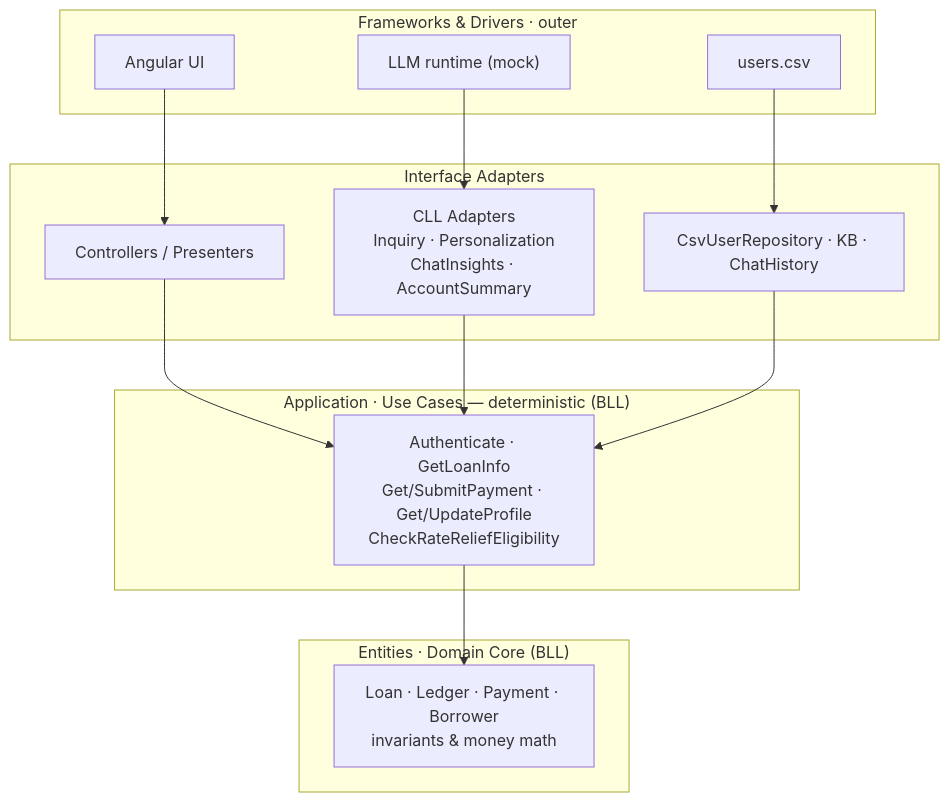
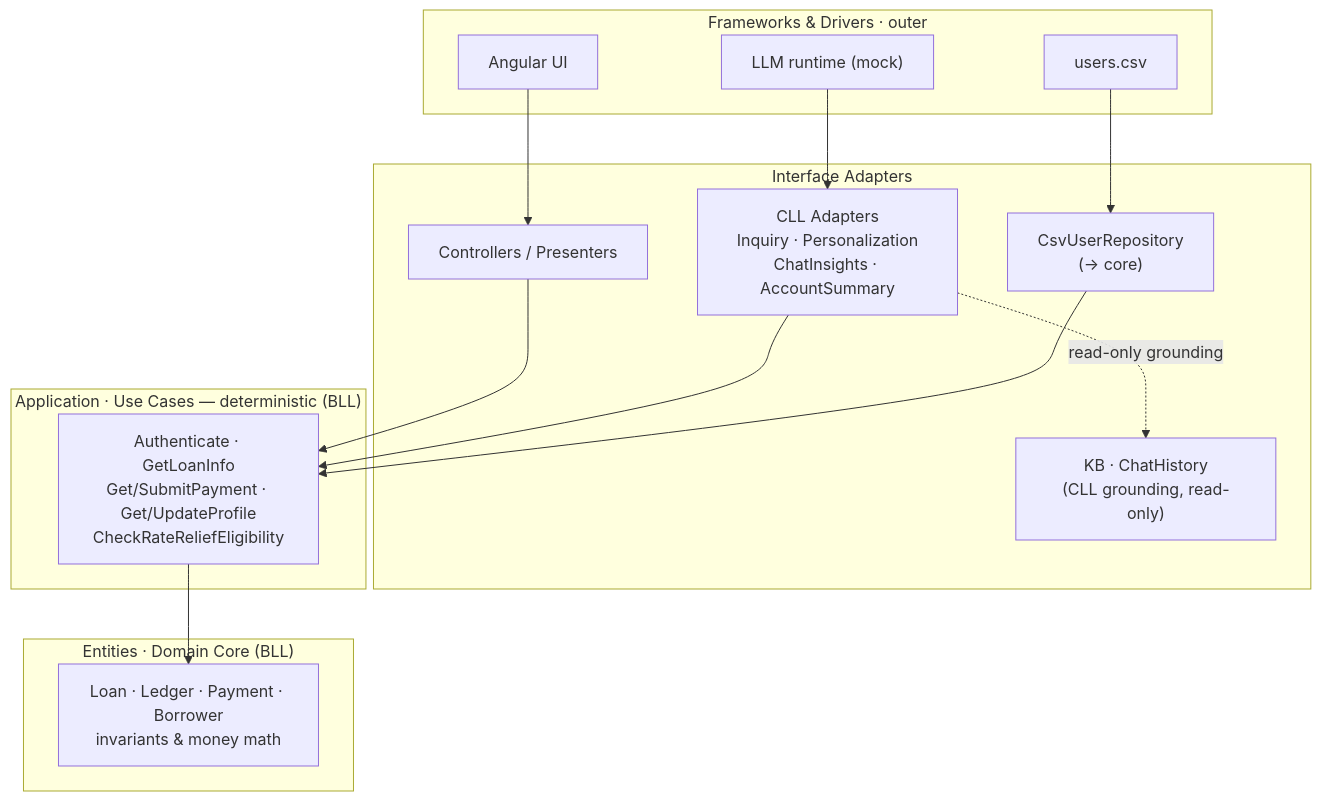
Before and after one commit to antongeorgescu/poc-plus-hexagonal-architecture: the fourth of 8 diagrams in documentation/plus_architecture.md, drawn with Mermaid. The commit also changed other lines of this file and 29 other files, not shown here.

Commit message:
added single mermaid visuals for the three kinds of architecture types

````diff
--- a/documentation/plus_architecture.md
+++ b/documentation/plus_architecture.md
@@ -150,23 +150,25 @@
 ```mermaid
 flowchart TB
   subgraph OUTER["Frameworks &amp; Drivers · outer"]
     UIU["Angular UI"]
     LLM["LLM runtime (mock)"]
     DBX["users.csv"]
   end
   subgraph ADAPT["Interface Adapters"]
     CTRL["Controllers / Presenters"]
     CLLA["CLL Adapters<br/>Inquiry · Personalization<br/>ChatInsights · AccountSummary"]
-    REPO["CsvUserRepository · KB · ChatHistory"]
+    REPO["CsvUserRepository<br/>(→ core)"]
+    GND["KB · ChatHistory<br/>(CLL grounding, read-only)"]
   end
   subgraph APP["Application · Use Cases — deterministic (BLL)"]
     UC["Authenticate · GetLoanInfo<br/>Get/SubmitPayment · Get/UpdateProfile<br/>CheckRateReliefEligibility"]
   end
   subgraph DOM["Entities · Domain Core (BLL)"]
     E1["Loan · Ledger · Payment · Borrower<br/>invariants &amp; money math"]
   end
   UIU --> CTRL --> UC
   LLM --> CLLA --> UC
   DBX --> REPO --> UC
+  CLLA -.->|"read-only grounding"| GND
   UC --> E1
 ```
````
